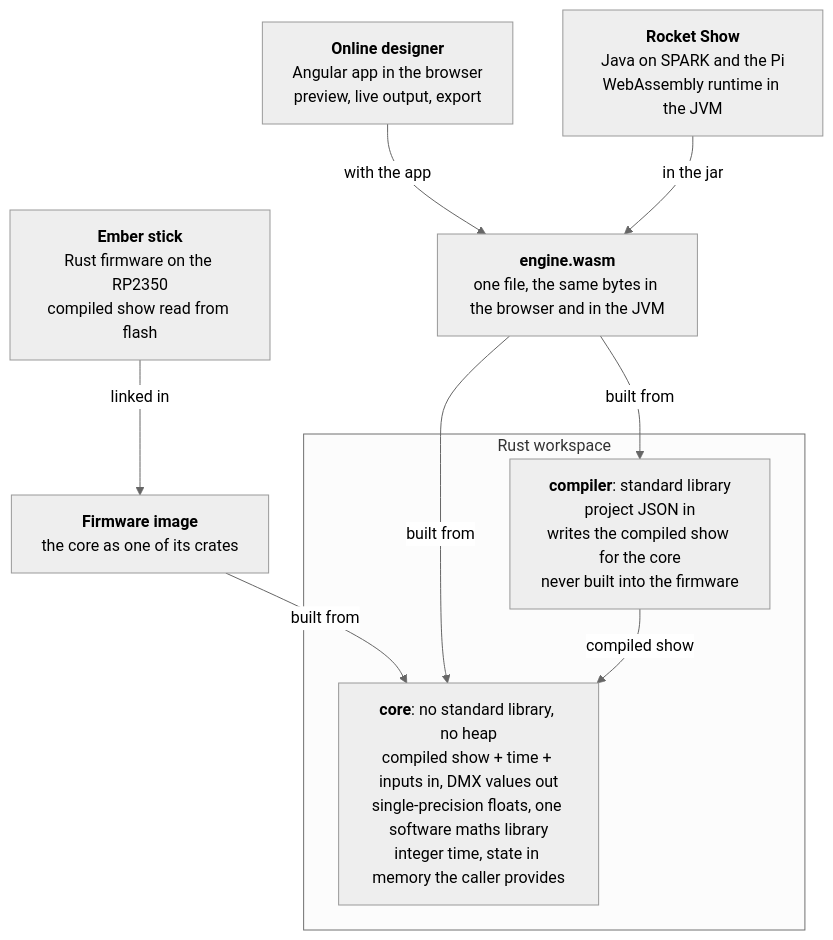
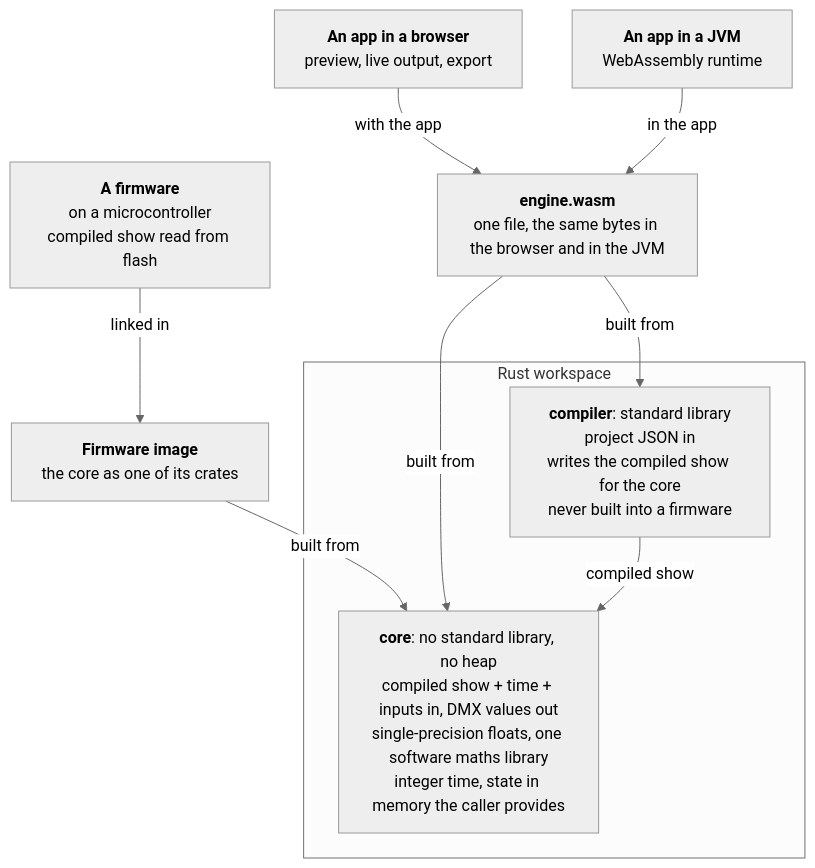
Before and after one commit to Rocket-Show/lighting-engine: the diagram in concept.md, drawn with Mermaid (neutral theme). The commit also changed other lines of this file and 41 other files, not shown here.

````diff
--- a/concept.md
+++ b/concept.md
@@ -97,19 +81,19 @@
 ```mermaid
 flowchart TD
-  ember["<b>Ember stick</b><br/>Rust firmware on the RP2350<br/>compiled show read from flash"]
-  designer["<b>Online designer</b><br/>Angular app in the browser<br/>preview, live output, export"]
-  rocketshow["<b>Rocket Show</b><br/>Java on SPARK and the Pi<br/>WebAssembly runtime in the JVM"]
+  device["<b>A firmware</b><br/>on a microcontroller<br/>compiled show read from flash"]
+  browser["<b>An app in a browser</b><br/>preview, live output, export"]
+  jvm["<b>An app in a JVM</b><br/>WebAssembly runtime"]
   firmware["<b>Firmware image</b><br/>the core as one of its crates"]
   wasm["<b>engine.wasm</b><br/>one file, the same bytes in the browser and in the JVM"]
   subgraph workspace["Rust workspace"]
     core["<b>core</b>: no standard library, no heap<br/>compiled show + time + inputs in, DMX values out<br/>single-precision floats, one software maths library<br/>integer time, state in memory the caller provides"]
-    compiler["<b>compiler</b>: standard library<br/>project JSON in<br/>writes the compiled show for the core<br/>never built into the firmware"]
+    compiler["<b>compiler</b>: standard library<br/>project JSON in<br/>writes the compiled show for the core<br/>never built into a firmware"]
   end
-  ember -- linked in --> firmware
-  designer -- with the app --> wasm
-  rocketshow -- in the jar --> wasm
+  device -- linked in --> firmware
+  browser -- with the app --> wasm
+  jvm -- in the app --> wasm
   firmware -- built from --> core
   wasm -- built from --> core
   wasm -- built from --> compiler
   compiler -- compiled show --> core
 ```
````
